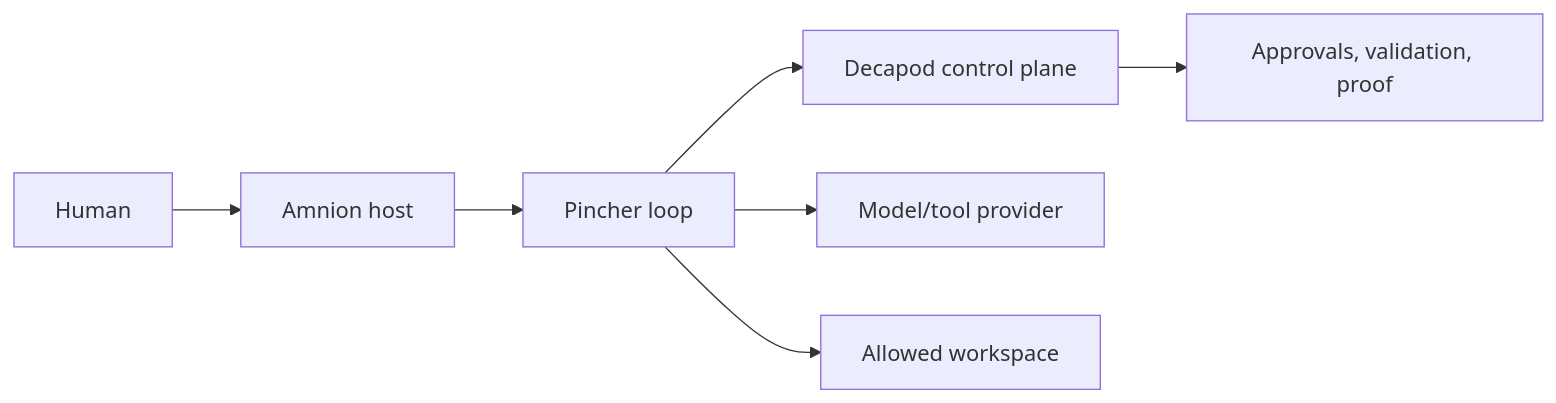
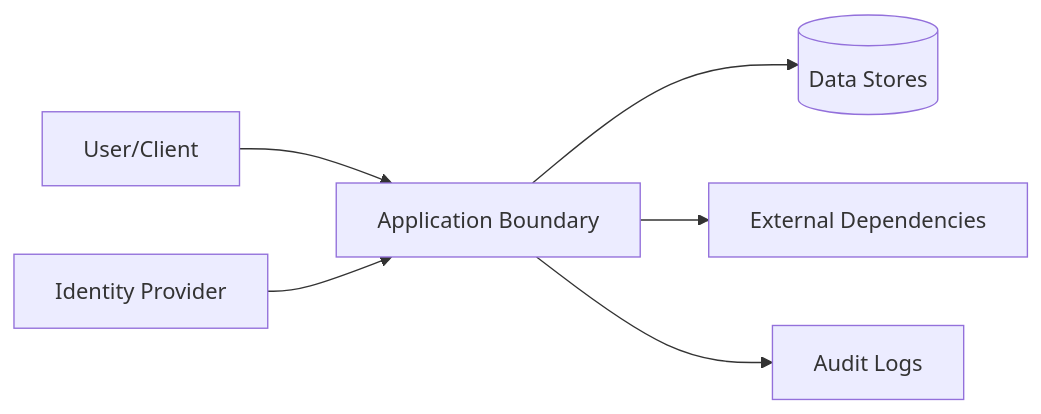
One commit to DecapodLabs/pincher changed the diagram in .decapod/generated/specs/SECURITY.md. Above: the diagram before and after it, drawn with Mermaid. The commit also changed other lines of this file, not shown here.

Commit message:
docs: define Pincher prompt actor boundary

````diff
--- a/.decapod/generated/specs/SECURITY.md
+++ b/.decapod/generated/specs/SECURITY.md
@@ -25,9 +4,8 @@
 ```mermaid
 flowchart LR
-  HUMAN[Human] --> HOST[Amnion host]
-  HOST --> PINCHER[Pincher loop]
-  PINCHER --> DECAPOD[Decapod control plane]
-  PINCHER --> PROVIDER[Model/tool provider]
-  PINCHER --> REPO[Allowed workspace]
-  DECAPOD --> AUDIT[Approvals, validation, proof]
+   U[User/Client] --> A[Application Boundary]
+   A --> D[(Data Stores)]
+   A --> X[External Dependencies]
+   I[Identity Provider] --> A
+   A --> L[Audit Logs]
 ```
````
